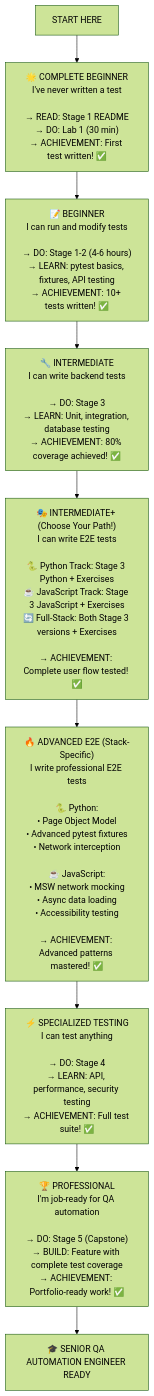
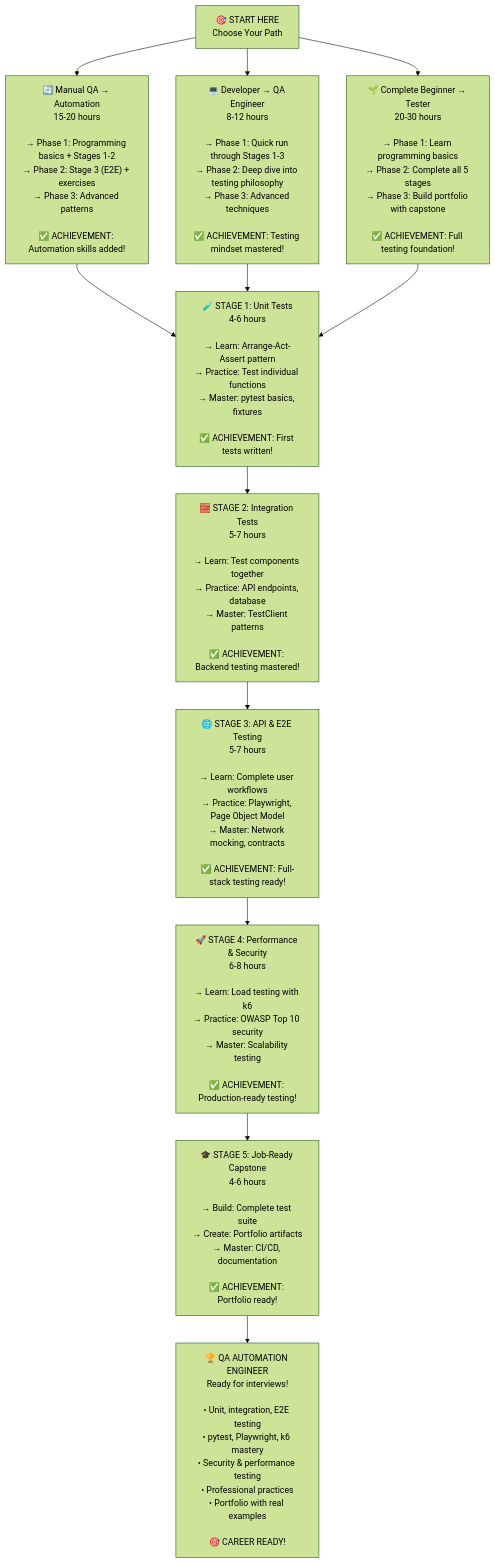
The first of 2 diagrams in learn/README.md (upt3mpo/testbook), drawn with Mermaid (forest theme) before and after one commit. The commit also changed other lines of this file and 79 other files, not shown here.

Commit message:
Comprehensive alignment across all 4 stages, standardized documentation structure, and enhanced bidirectional documentation between labs and actual codebase files

````diff
--- a/learn/README.md
+++ b/learn/README.md
@@ -50,12 +81,21 @@
 ```mermaid
 flowchart TD
-    A["START HERE"]
-    A --> B["🌟 COMPLETE BEGINNER<br/>I've never written a test<br/><br/>→ READ: Stage 1 README<br/>→ DO: Lab 1 (30 min)<br/>→ ACHIEVEMENT: First test written! ✅"]
-    B --> C["📝 BEGINNER<br/>I can run and modify tests<br/><br/>→ DO: Stage 1-2 (4-6 hours)<br/>→ LEARN: pytest basics, fixtures, API testing<br/>→ ACHIEVEMENT: 10+ tests written! ✅"]
-    C --> D["🔧 INTERMEDIATE<br/>I can write backend tests<br/><br/>→ DO: Stage 3<br/>→ LEARN: Unit, integration, database testing<br/>→ ACHIEVEMENT: 80% coverage achieved! ✅"]
-    D --> E["🎭 INTERMEDIATE+ (Choose Your Path!)<br/>I can write E2E tests<br/><br/>🐍 Python Track: Stage 3 Python + Exercises<br/>☕ JavaScript Track: Stage 3 JavaScript + Exercises<br/>🔄 Full-Stack: Both Stage 3 versions + Exercises<br/><br/>→ ACHIEVEMENT: Complete user flow tested! ✅"]
-    E --> F["🔥 ADVANCED E2E (Stack-Specific)<br/>I write professional E2E tests<br/><br/>🐍 Python:<br/>• Page Object Model<br/>• Advanced pytest fixtures<br/>• Network interception<br/><br/>☕ JavaScript:<br/>• MSW network mocking<br/>• Async data loading<br/>• Accessibility testing<br/><br/>→ ACHIEVEMENT: Advanced patterns mastered! ✅"]
-    F --> G["⚡ SPECIALIZED TESTING<br/>I can test anything<br/><br/>→ DO: Stage 4<br/>→ LEARN: API, performance, security testing<br/>→ ACHIEVEMENT: Full test suite! ✅"]
-    G --> H["🏆 PROFESSIONAL<br/>I'm job-ready for QA automation<br/><br/>→ DO: Stage 5 (Capstone)<br/>→ BUILD: Feature with complete test coverage<br/>→ ACHIEVEMENT: Portfolio-ready work! ✅"]
-    H --> I["🎓 SENIOR QA AUTOMATION ENGINEER READY"]
+    A["🎯 START HERE<br/>Choose Your Path"]
+    A --> B["🔄 Manual QA → Automation<br/>15-20 hours<br/><br/>→ Phase 1: Programming basics + Stages 1-2<br/>→ Phase 2: Stage 3 (E2E) + exercises<br/>→ Phase 3: Advanced patterns<br/><br/>✅ ACHIEVEMENT: Automation skills added!"]
+    A --> C["💻 Developer → QA Engineer<br/>8-12 hours<br/><br/>→ Phase 1: Quick run through Stages 1-3<br/>→ Phase 2: Deep dive into testing philosophy<br/>→ Phase 3: Advanced techniques<br/><br/>✅ ACHIEVEMENT: Testing mindset mastered!"]
+    A --> D["🌱 Complete Beginner → Tester<br/>20-30 hours<br/><br/>→ Phase 1: Learn programming basics<br/>→ Phase 2: Complete all 5 stages<br/>→ Phase 3: Build portfolio with capstone<br/><br/>✅ ACHIEVEMENT: Full testing foundation!"]
+
+    B --> E["🧪 STAGE 1: Unit Tests<br/>4-6 hours<br/><br/>→ Learn: Arrange-Act-Assert pattern<br/>→ Practice: Test individual functions<br/>→ Master: pytest basics, fixtures<br/><br/>✅ ACHIEVEMENT: First tests written!"]
+    C --> E
+    D --> E
+
+    E --> F["🧱 STAGE 2: Integration Tests<br/>5-7 hours<br/><br/>→ Learn: Test components together<br/>→ Practice: API endpoints, database<br/>→ Master: TestClient patterns<br/><br/>✅ ACHIEVEMENT: Backend testing mastered!"]
+
+    F --> G["🌐 STAGE 3: API & E2E Testing<br/>5-7 hours<br/><br/>→ Learn: Complete user workflows<br/>→ Practice: Playwright, Page Object Model<br/>→ Master: Network mocking, contracts<br/><br/>✅ ACHIEVEMENT: Full-stack testing ready!"]
+
+    G --> H["🚀 STAGE 4: Performance & Security<br/>6-8 hours<br/><br/>→ Learn: Load testing with k6<br/>→ Practice: OWASP Top 10 security<br/>→ Master: Scalability testing<br/><br/>✅ ACHIEVEMENT: Production-ready testing!"]
+
+    H --> I["🎓 STAGE 5: Job-Ready Capstone<br/>4-6 hours<br/><br/>→ Build: Complete test suite<br/>→ Create: Portfolio artifacts<br/>→ Master: CI/CD, documentation<br/><br/>✅ ACHIEVEMENT: Portfolio ready!"]
+
+    I --> J["🏆 QA AUTOMATION ENGINEER<br/>Ready for interviews!<br/><br/>• Unit, integration, E2E testing<br/>• pytest, Playwright, k6 mastery<br/>• Security & performance testing<br/>• Professional practices<br/>• Portfolio with real examples<br/><br/>🎯 CAREER READY!"]
 ```
````
